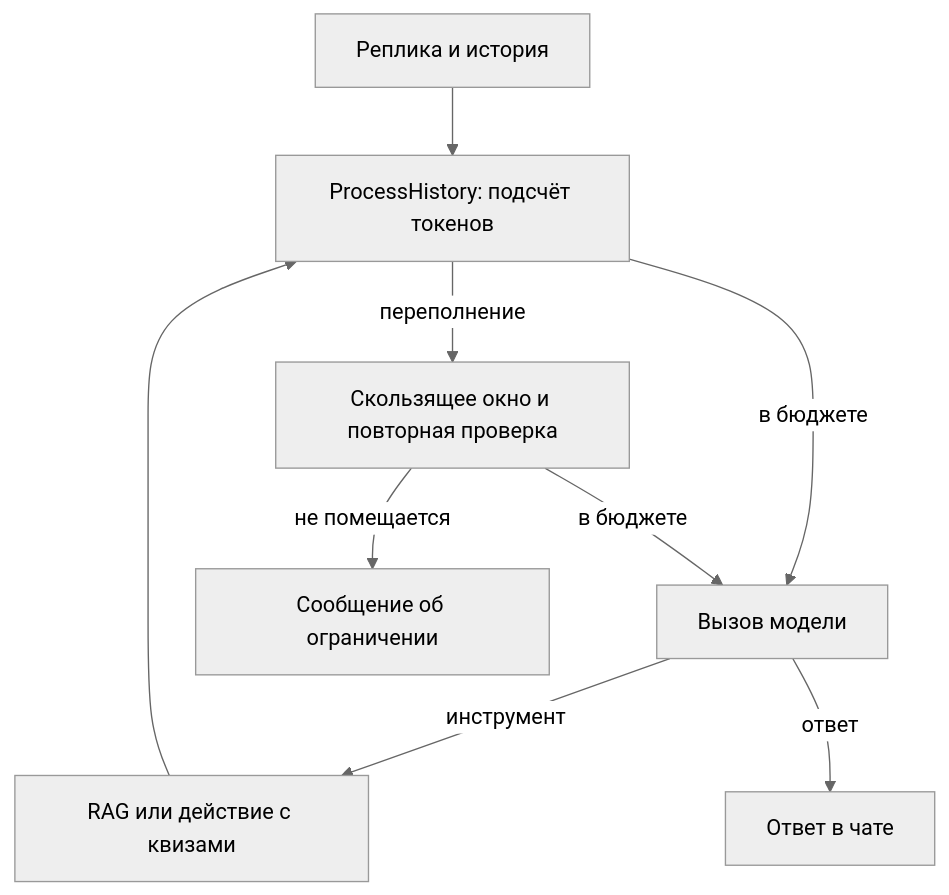
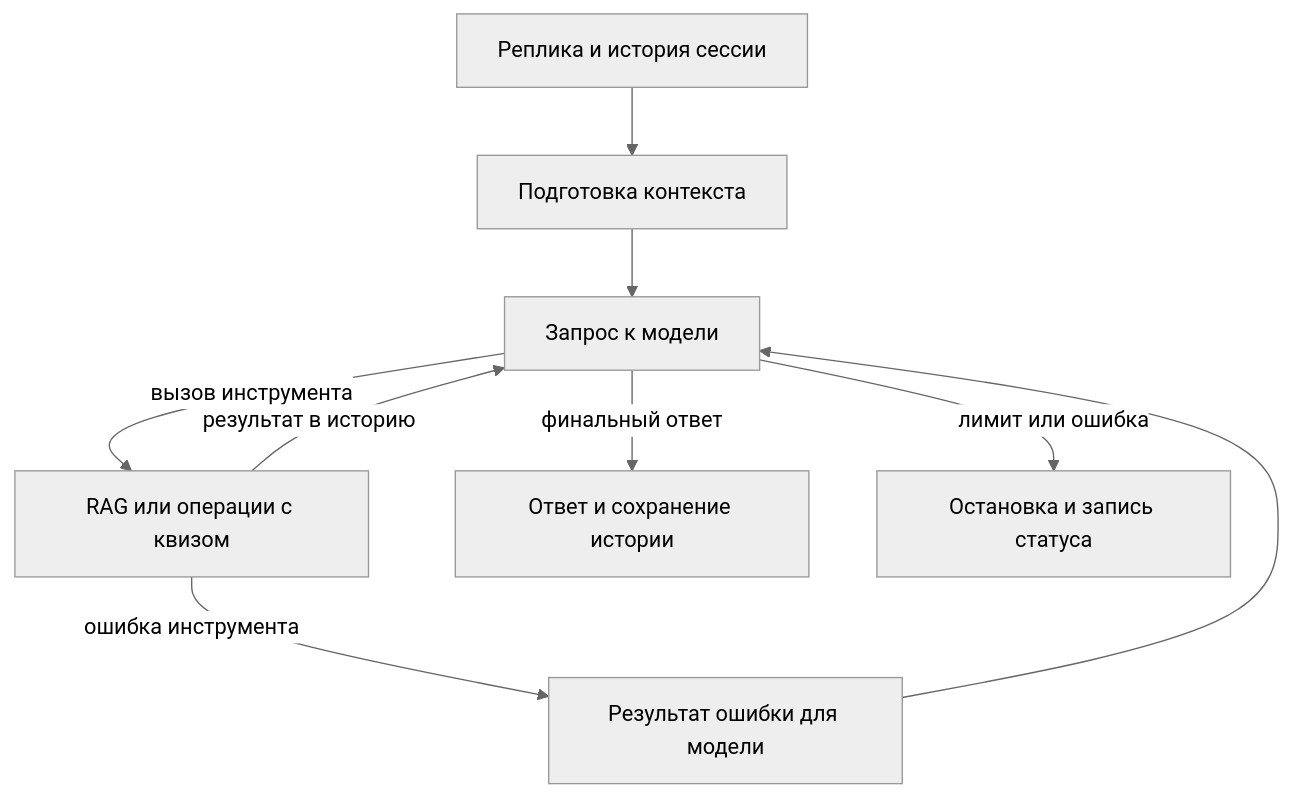
Before and after one commit to ChornyChay1/aa-kovalev: the diagram in projects/aa-kovalev/lab3/REPORT.md, drawn with Mermaid (neutral theme). The commit also changed other lines of this file and 18 other files, not shown here.

````diff
--- a/projects/aa-kovalev/lab3/REPORT.md
+++ b/projects/aa-kovalev/lab3/REPORT.md
@@ -8,11 +11,11 @@
 ```mermaid
 flowchart TD
-  A["Реплика и история"] --> B["ProcessHistory: подсчёт токенов"]
-  B -->|переполнение| C["Скользящее окно и повторная проверка"]
-  B -->|в бюджете| D["Вызов модели"]
-  C -->|в бюджете| D
-  C -->|не помещается| E["Сообщение об ограничении"]
-  D -->|инструмент| F["RAG или действие с квизами"]
-  F --> B
-  D -->|ответ| G["Ответ в чате"]
+    A["Реплика и история сессии"] --> B["Подготовка контекста"]
+    B --> C["Запрос к модели"]
+    C -->|вызов инструмента| D["RAG или операции с квизом"]
+    D -->|результат в историю| C
+    C -->|финальный ответ| E["Ответ и сохранение истории"]
+    C -->|лимит или ошибка| F["Остановка и запись статуса"]
+    D -->|ошибка инструмента| G["Результат ошибки для модели"]
+    G --> C
 ```
````
